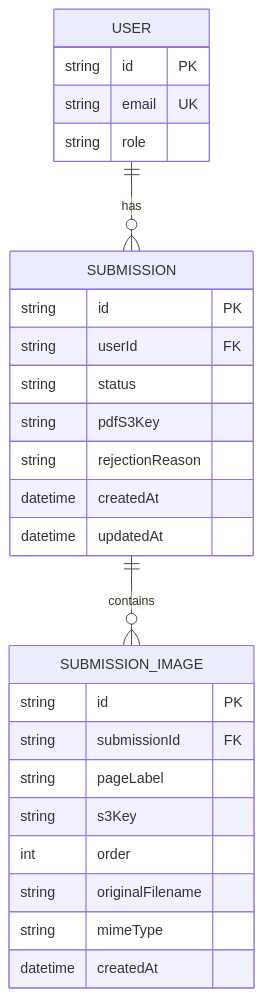
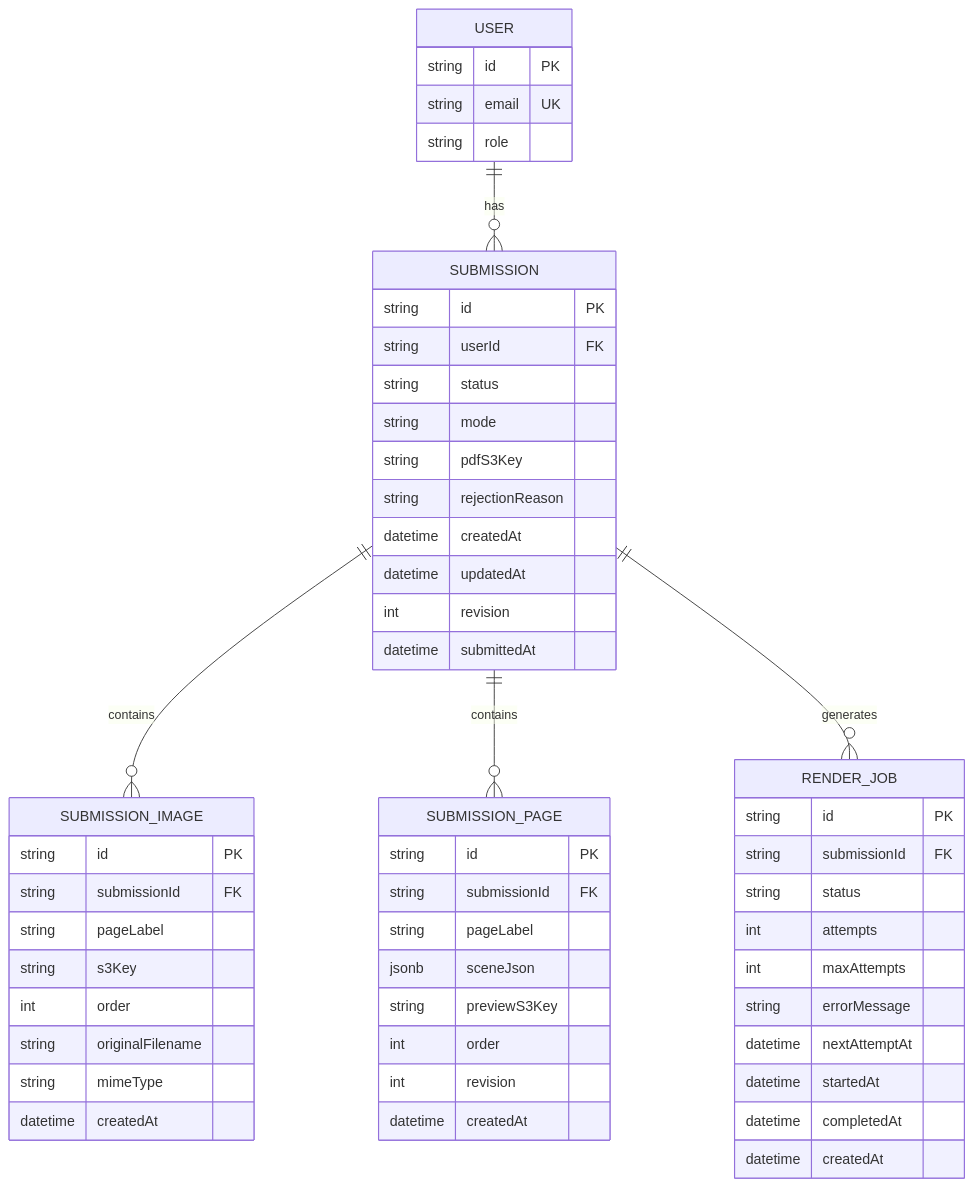
One commit to Crowdspender/titchybooks-app changed the fourth of 6 diagrams in .qoder/repowiki/en/content/User Dashboard/Submission Tracking and Management.md. Above: the diagram before and after it, drawn with Mermaid. The commit also changed other lines of this file and 23 other files, not shown here.

Commit message:
fix: address CodeRabbit review findings (docs accuracy, error UI, editor history, render snapshot)

````diff
--- a/.qoder/repowiki/en/content/User Dashboard/Submission Tracking and Management.md
+++ b/.qoder/repowiki/en/content/User Dashboard/Submission Tracking and Management.md
@@ -196,29 +212,56 @@
 ```mermaid
 erDiagram
 USER {
 string id PK
 string email UK
 string role
 }
 SUBMISSION {
 string id PK
 string userId FK
 string status
+string mode
 string pdfS3Key
 string rejectionReason
 datetime createdAt
 datetime updatedAt
+int revision
+datetime submittedAt
 }
 SUBMISSION_IMAGE {
 string id PK
 string submissionId FK
 string pageLabel
 string s3Key
 int order
 string originalFilename
 string mimeType
 datetime createdAt
 }
+SUBMISSION_PAGE {
+string id PK
+string submissionId FK
+string pageLabel
+jsonb sceneJson
+string previewS3Key
+int order
+int revision
+datetime createdAt
+}
+RENDER_JOB {
+string id PK
+string submissionId FK
+string status
+int attempts
+int maxAttempts
+string errorMessage
+datetime nextAttemptAt
+datetime startedAt
+datetime completedAt
+datetime createdAt
+}
 USER ||--o{ SUBMISSION : "has"
 SUBMISSION ||--o{ SUBMISSION_IMAGE : "contains"
+SUBMISSION ||--o{ SUBMISSION_PAGE : "contains"
+SUBMISSION ||--o{ RENDER_JOB : "generates"
 ```
````
